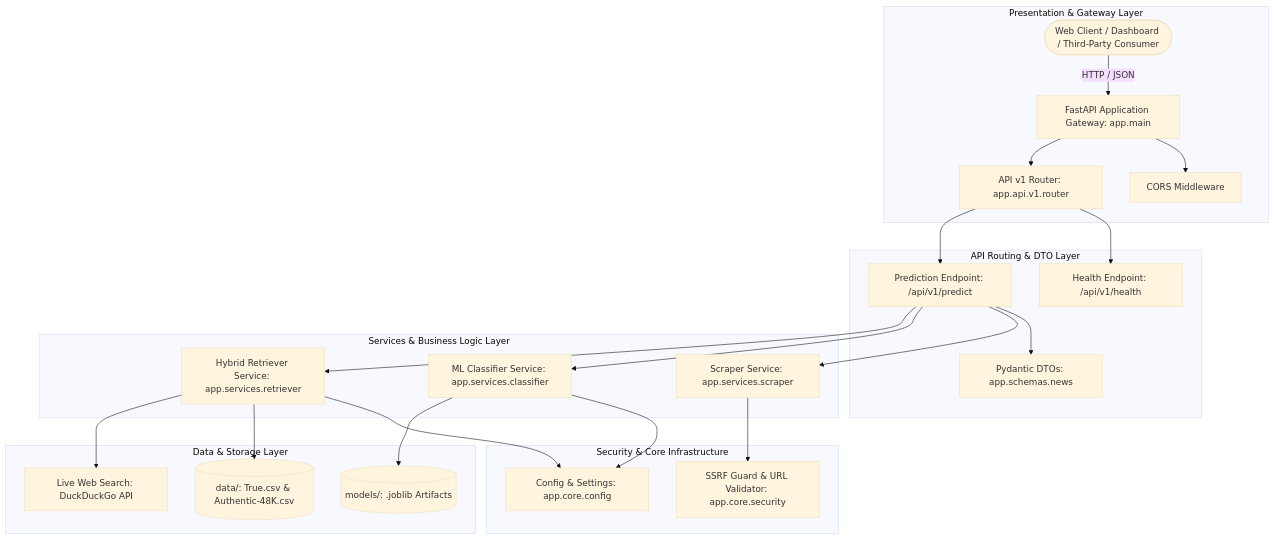
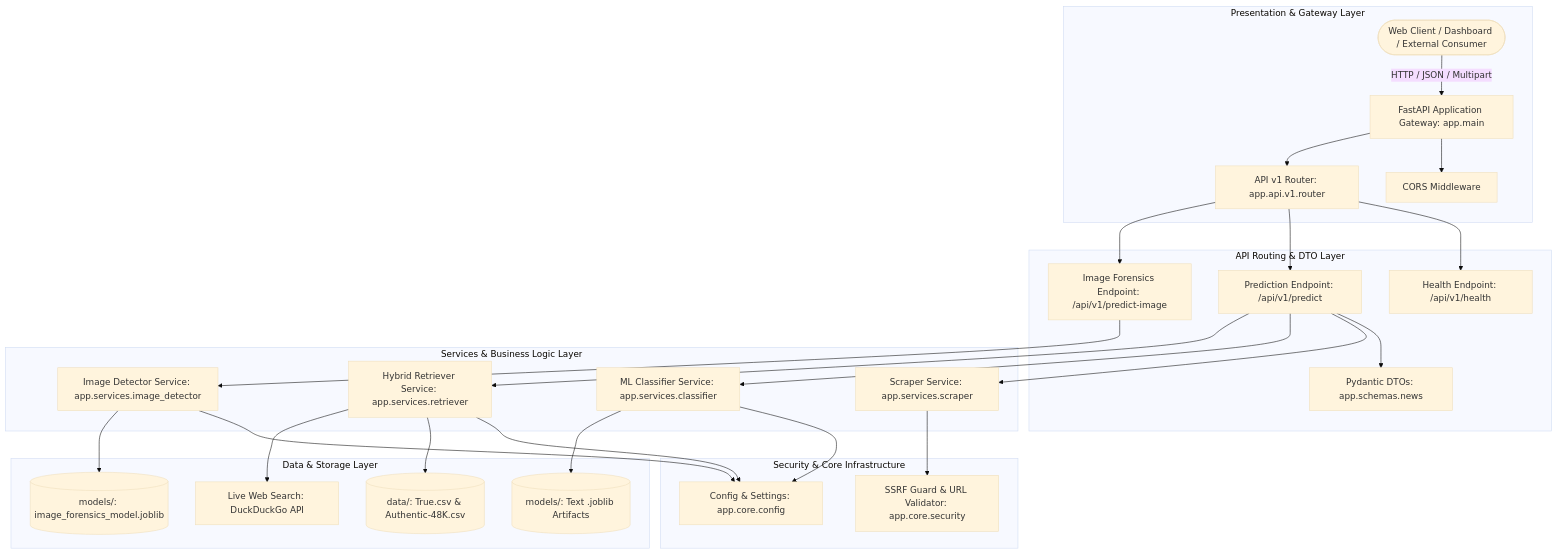
One commit to nazerindisha/Fake_News_Detection changed the diagram in README.md. Above: the diagram before and after it, drawn with Mermaid (base theme). The commit also changed other lines of this file and 11 other files, not shown here.

````diff
--- a/README.md
+++ b/README.md
@@ -45,34 +40,38 @@
 ```mermaid
 flowchart TD
-    Client([Web Client / Dashboard / Third-Party Consumer])
+    Client([Web Client / Dashboard / External Consumer])
 
     subgraph Presentation & Gateway Layer
-        Client -->|HTTP / JSON| FastAPIGateway[FastAPI Application Gateway: app.main]
+        Client -->|HTTP / JSON / Multipart| FastAPIGateway[FastAPI Application Gateway: app.main]
         FastAPIGateway --> CORSMiddleware[CORS Middleware]
         FastAPIGateway --> V1Router[API v1 Router: app.api.v1.router]
     end
 
     subgraph API Routing & DTO Layer
         V1Router --> HealthEP[Health Endpoint: /api/v1/health]
         V1Router --> PredictEP[Prediction Endpoint: /api/v1/predict]
+        V1Router --> ImageEP[Image Forensics Endpoint: /api/v1/predict-image]
         PredictEP --> PydanticSchemas[Pydantic DTOs: app.schemas.news]
     end
 
     subgraph Services & Business Logic Layer
         PredictEP --> ScraperService[Scraper Service: app.services.scraper]
         PredictEP --> ClassifierService[ML Classifier Service: app.services.classifier]
         PredictEP --> RetrieverService[Hybrid Retriever Service: app.services.retriever]
+        ImageEP --> ImageDetectorService[Image Detector Service: app.services.image_detector]
     end
 
     subgraph Security & Core Infrastructure
         ScraperService --> SSRFGuard[SSRF Guard & URL Validator: app.core.security]
         ClassifierService --> Settings[Config & Settings: app.core.config]
         RetrieverService --> Settings
+        ImageDetectorService --> Settings
     end
 
     subgraph Data & Storage Layer
-        ClassifierService --> ModelsDir[(models/: .joblib Artifacts)]
+        ClassifierService --> TextModels[(models/: Text .joblib Artifacts)]
+        ImageDetectorService --> ImageModel[(models/: image_forensics_model.joblib)]
         RetrieverService --> DataDir[(data/: True.csv & Authentic-48K.csv)]
         RetrieverService --> DuckDuckGoLive[Live Web Search: DuckDuckGo API]
     end
 ```
````
